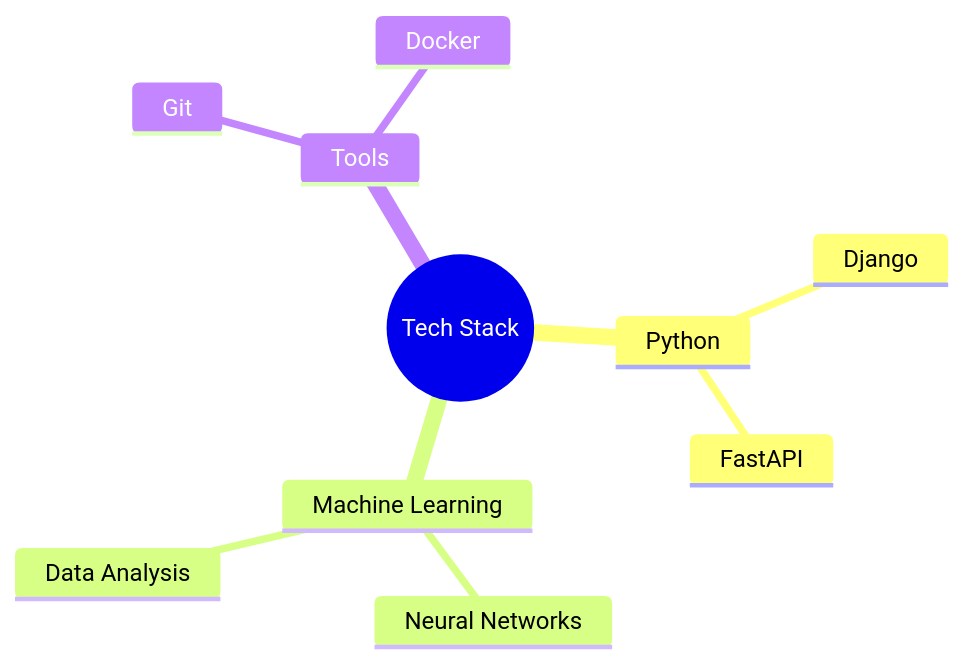
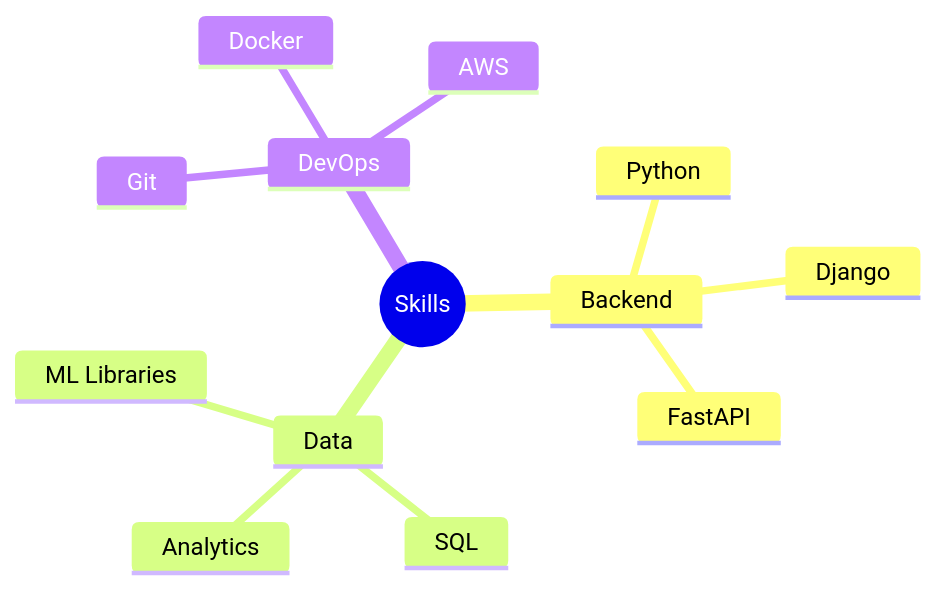
One commit to Anel777/Anel777 changed the diagram in README.md. Above: the diagram before and after it, drawn with Mermaid. The commit also changed other lines of this file, not shown here.

````diff
--- a/README.md
+++ b/README.md
@@ -19,13 +35,16 @@
 ```mermaid
 mindmap
-  root((Tech Stack))
-    Python
+  root((Skills))
+    Backend
+      Python
       Django
       FastAPI
-    Machine Learning
-      Neural Networks
-      Data Analysis
-    Tools
+    Data
+      ML Libraries
+      SQL
+      Analytics
+    DevOps
       Git
       Docker
+      AWS
 ```
````
